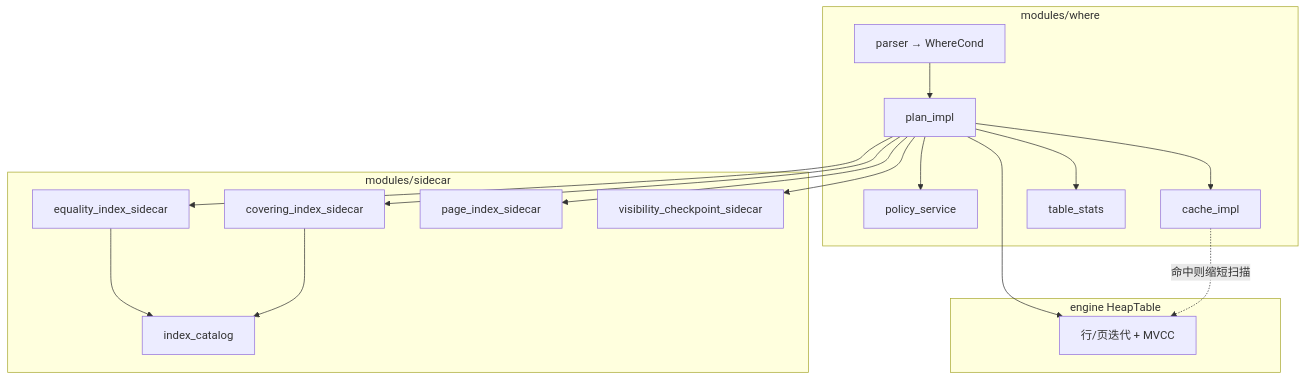
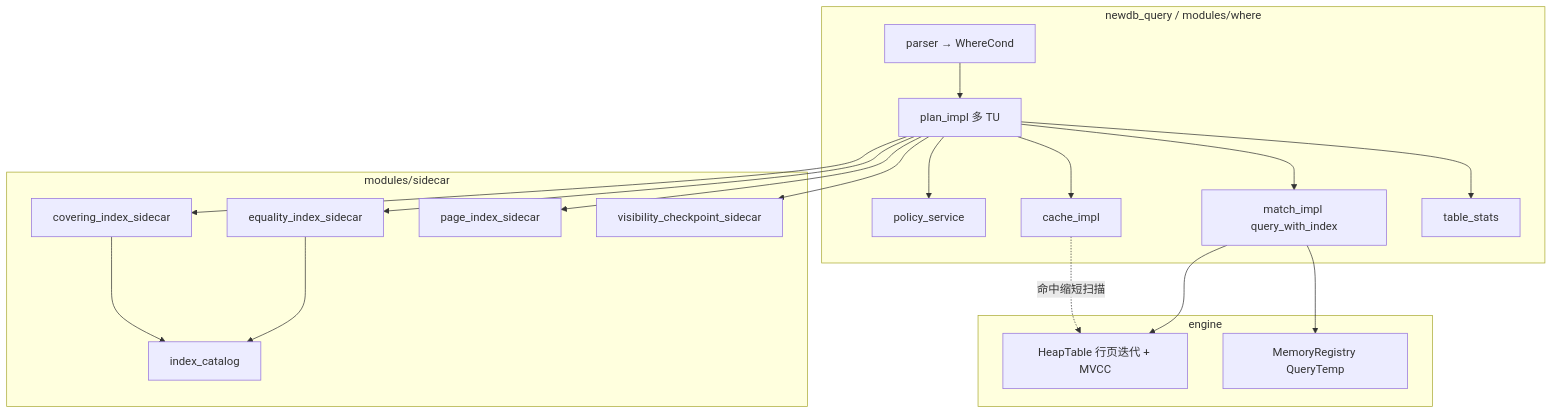
One commit to skyline019/database changed diagram 15 of 17 in newdb/docs/architecture/PROJECT_DATAFLOW_WHOLE.md. Above: the diagram before and after it, drawn with Mermaid. The commit also changed other lines of this file, not shown here.

````diff
--- a/newdb/docs/architecture/PROJECT_DATAFLOW_WHOLE.md
+++ b/newdb/docs/architecture/PROJECT_DATAFLOW_WHOLE.md
@@ -516,33 +712,37 @@
 ```mermaid
 flowchart TB
-  subgraph where_mod["modules/where"]
+  subgraph where_mod["newdb_query / modules/where"]
     PAR["parser → WhereCond"]
-    PLN["plan_impl"]
+    PLN["plan_impl 多 TU"]
     POL["policy_service"]
     CAC["cache_impl"]
+    MAT["match_impl query_with_index"]
     STA["table_stats"]
   end
   subgraph side["modules/sidecar"]
     EQ["equality_index_sidecar"]
     CV["covering_index_sidecar"]
     PG["page_index_sidecar"]
     VC["visibility_checkpoint_sidecar"]
     IC["index_catalog"]
   end
-  subgraph heap["engine HeapTable"]
-    SCAN["行/页迭代 + MVCC"]
+  subgraph heap["engine"]
+    SCAN["HeapTable 行页迭代 + MVCC"]
+    MR["MemoryRegistry QueryTemp"]
   end
 
   PAR --> PLN
   PLN --> STA
   PLN --> POL
   PLN --> CAC
   PLN --> EQ
   PLN --> CV
   PLN --> PG
   PLN --> VC
   EQ --> IC
   CV --> IC
-  PLN --> SCAN
-  CAC -.命中则缩短扫描.-> SCAN
+  PLN --> MAT
+  MAT --> MR
+  MAT --> SCAN
+  CAC -.命中缩短扫描.-> SCAN
 ```
````
